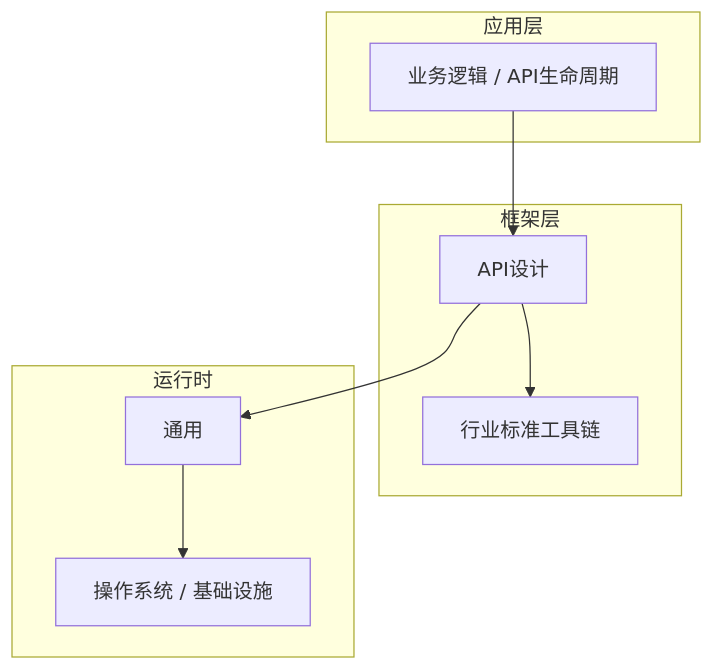
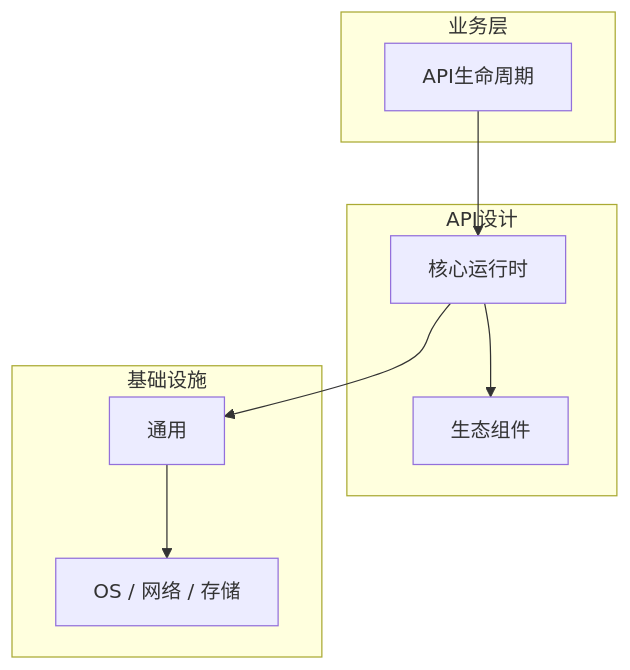
The diagram in articles/API设计/chapters/056-API生命周期核心概念与原理.md (yanggan2015/knowledge-json-v2), drawn with Mermaid before and after one commit. The commit also changed other lines of this file and 10127 other files, not shown here.

````diff
--- a/articles/API设计/chapters/056-API生命周期核心概念与原理.md
+++ b/articles/API设计/chapters/056-API生命周期核心概念与原理.md
@@ -45,18 +34,18 @@
 ```mermaid
 graph TB
-    subgraph 应用层
-        A[业务逻辑 / API生命周期]
+    subgraph 业务层
+        A[API生命周期]
     end
-    subgraph 框架层
-        B[API设计]
-        C[行业标准工具链]
+    subgraph API设计
+        B[核心运行时]
+        C[生态组件]
     end
-    subgraph 运行时
+    subgraph 基础设施
         D[通用]
-        E[操作系统 / 基础设施]
+        E[OS / 网络 / 存储]
     end
     A --> B
     B --> C
     B --> D
     D --> E
 ```
````
